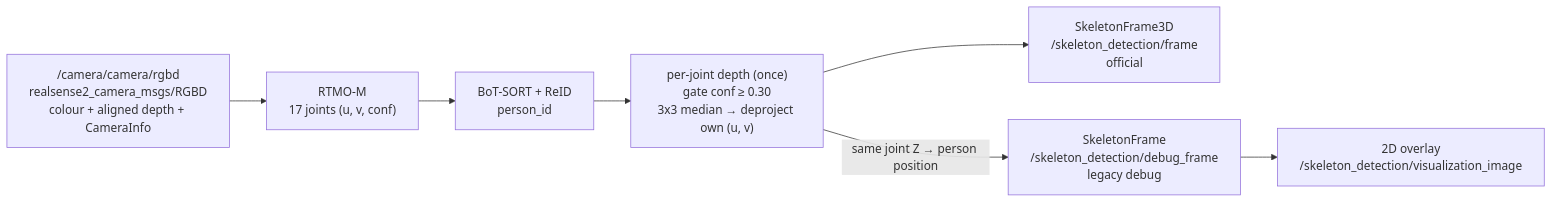
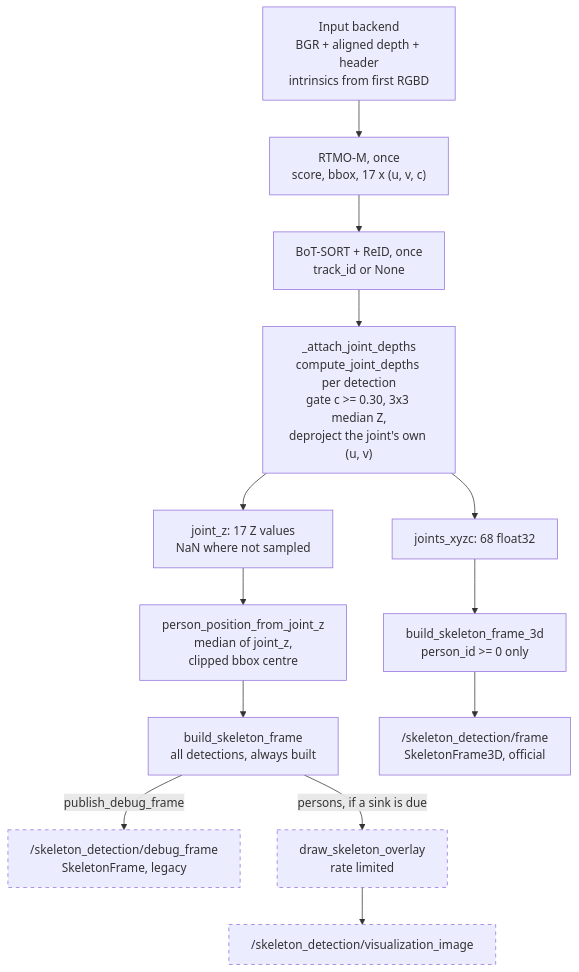
The first of 2 diagrams in docs/Skeleton_Detection_V2.1.md (patrol-knight/skeleton_detection), drawn with Mermaid before and after one commit. The commit also changed other lines of this file and 13 other files, not shown here.

````diff
--- a/docs/Skeleton_Detection_V2.1.md
+++ b/docs/Skeleton_Detection_V2.1.md
@@ -8,15 +81,25 @@
 ```mermaid
-flowchart LR
-    IN["/camera/camera/rgbd<br/>realsense2_camera_msgs/RGBD<br/>colour + aligned depth + CameraInfo"]
-    RTMO["RTMO-M<br/>17 joints (u, v, conf)"]
-    TRK["BoT-SORT + ReID<br/>person_id"]
-    JD["per-joint depth (once)<br/>gate conf ≥ 0.30<br/>3x3 median → deproject own (u, v)"]
-    OFF["SkeletonFrame3D<br/>/skeleton_detection/frame<br/>official"]
-    DBG["SkeletonFrame<br/>/skeleton_detection/debug_frame<br/>legacy debug"]
-    VIS["2D overlay<br/>/skeleton_detection/visualization_image"]
+flowchart TD
+    IN["Input backend<br/>BGR + aligned depth + header<br/>intrinsics from first RGBD"]
+    RTMO["RTMO-M, once<br/>score, bbox, 17 x (u, v, c)"]
+    TRK["BoT-SORT + ReID, once<br/>track_id or None"]
+    JD["_attach_joint_depths<br/>compute_joint_depths per detection<br/>gate c >= 0.30, 3x3 median Z,<br/>deproject the joint's own (u, v)"]
+    JZ["joint_z: 17 Z values<br/>NaN where not sampled"]
+    XYZC["joints_xyzc: 68 float32"]
+    POS["person_position_from_joint_z<br/>median of joint_z,<br/>clipped bbox centre"]
+    OFF["build_skeleton_frame_3d<br/>person_id >= 0 only"]
+    LEG["build_skeleton_frame<br/>all detections, always built"]
+    T1["/skeleton_detection/frame<br/>SkeletonFrame3D, official"]
+    T2["/skeleton_detection/debug_frame<br/>SkeletonFrame, legacy"]
+    VIS["draw_skeleton_overlay<br/>rate limited"]
+    T3["/skeleton_detection/visualization_image"]
 
     IN --> RTMO --> TRK --> JD
-    JD --> OFF
-    JD -->|"same joint Z → person position"| DBG
-    DBG --> VIS
+    JD --> XYZC --> OFF --> T1
+    JD --> JZ --> POS --> LEG
+    LEG -->|"publish_debug_frame"| T2
+    LEG -->|"persons, if a sink is due"| VIS --> T3
+
+    classDef optional stroke-dasharray: 5 5
+    class T2,VIS,T3 optional
 ```
````
